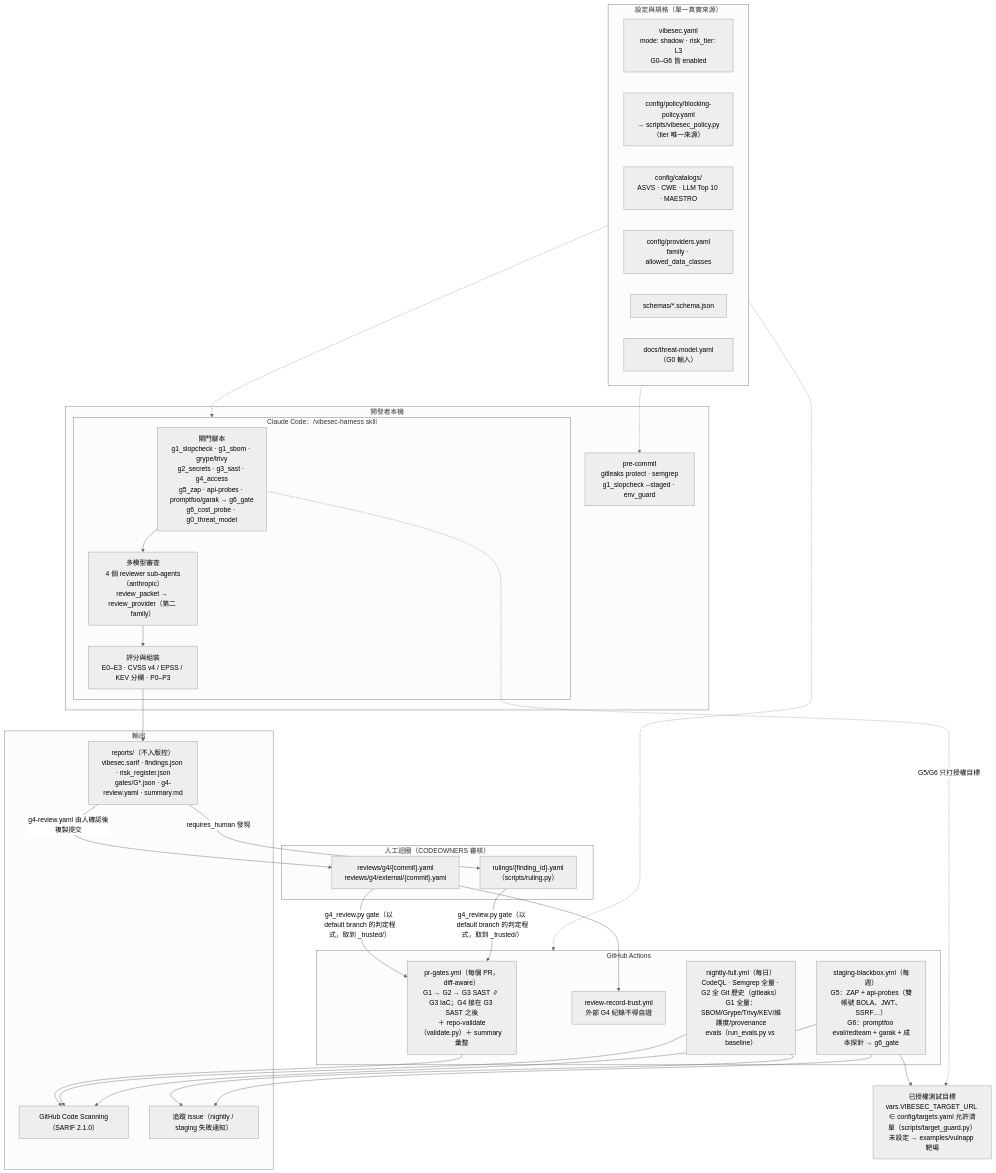
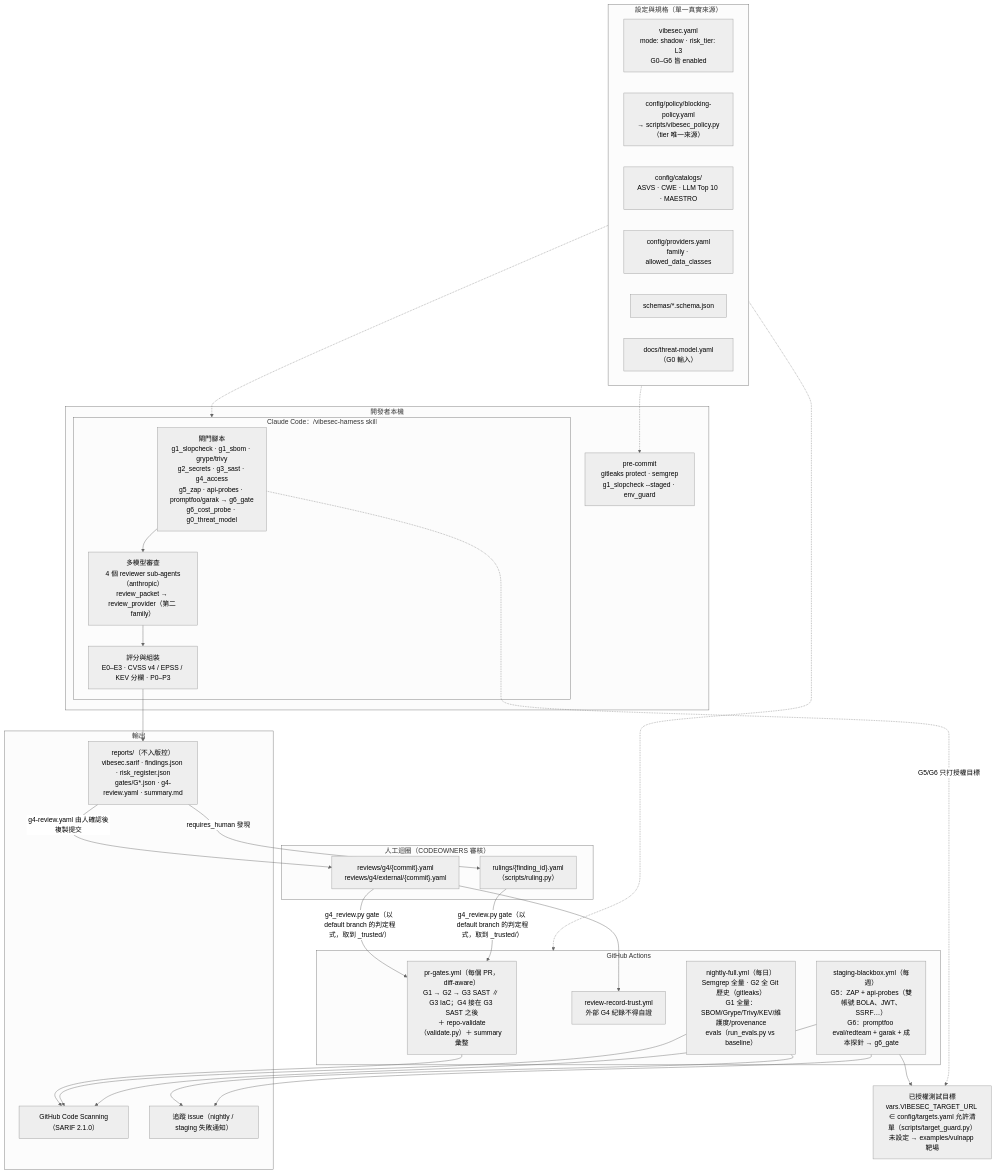
One commit to chinchiang/MultiAgentDelta changed the first of 2 diagrams in README.md. Above: the diagram before and after it, drawn with Mermaid (neutral theme). The commit also changed other lines of this file and 8 other files, not shown here.

First line of the commit message:
ci(nightly): 刪除 nightly 的 CodeQL job，改由 repo 的 Code scanning default setup 執行 (#117)

````diff
--- a/README.md
+++ b/README.md
@@ -38,52 +38,52 @@
 ```mermaid
 flowchart TB
   subgraph SOT["設定與規格（單一真實來源）"]
     direction LR
     CFG["vibesec.yaml<br/>mode: shadow · risk_tier: L3<br/>G0–G6 皆 enabled"]
     POL["config/policy/blocking-policy.yaml<br/>→ scripts/vibesec_policy.py（tier 唯一來源）"]
     CAT["config/catalogs/<br/>ASVS · CWE · LLM Top 10 · MAESTRO"]
     PRV["config/providers.yaml<br/>family · allowed_data_classes"]
     SCH["schemas/*.schema.json"]
     TM["docs/threat-model.yaml（G0 輸入）"]
   end
 
   subgraph LOCAL["開發者本機"]
     PC["pre-commit<br/>gitleaks protect · semgrep<br/>g1_slopcheck --staged · env_guard"]
     subgraph HARN["Claude Code：/vibesec-harness skill"]
       HG["閘門腳本<br/>g1_slopcheck · g1_sbom · grype/trivy<br/>g2_secrets · g3_sast · g4_access<br/>g5_zap · api-probes · promptfoo/garak → g6_gate<br/>g6_cost_probe · g0_threat_model"]
       HR["多模型審查<br/>4 個 reviewer sub-agents（anthropic）<br/>review_packet → review_provider（第二 family）"]
       HS["評分與組裝<br/>E0–E3 · CVSS v4 / EPSS / KEV 分欄 · P0–P3"]
     end
   end
 
   subgraph GHA["GitHub Actions"]
     PRG["pr-gates.yml（每個 PR，diff-aware）<br/>G1 → G2 → G3 SAST ∥ G3 IaC；G4 接在 G3 SAST 之後<br/>＋ repo-validate（validate.py）＋ summary 彙整"]
     RRT["review-record-trust.yml<br/>外部 G4 紀錄不得自證"]
-    NF["nightly-full.yml（每日）<br/>CodeQL · Semgrep 全量 · G2 全 Git 歷史（gitleaks）<br/>G1 全量：SBOM/Grype/Trivy/KEV/維護度/provenance<br/>evals（run_evals.py vs baseline）"]
+    NF["nightly-full.yml（每日）<br/>Semgrep 全量 · G2 全 Git 歷史（gitleaks）<br/>G1 全量：SBOM/Grype/Trivy/KEV/維護度/provenance<br/>evals（run_evals.py vs baseline）"]
     SB["staging-blackbox.yml（每週）<br/>G5：ZAP + api-probes（雙帳號 BOLA、JWT、SSRF…）<br/>G6：promptfoo eval/redteam + garak + 成本探針 → g6_gate"]
   end
 
   TARGET["已授權測試目標<br/>vars.VIBESEC_TARGET_URL ∈ config/targets.yaml 允許清單（scripts/target_guard.py）<br/>未設定 → examples/vulnapp 靶場"]
 
   subgraph OUT["輸出"]
     REP["reports/（不入版控）<br/>vibesec.sarif · findings.json · risk_register.json<br/>gates/G*.json · g4-review.yaml · summary.md"]
     CS["GitHub Code Scanning（SARIF 2.1.0）"]
     ISS["追蹤 issue（nightly / staging 失敗通知）"]
   end
 
   subgraph HUMAN["人工迴圈（CODEOWNERS 審核）"]
     RV["reviews/g4/{commit}.yaml<br/>reviews/g4/external/{commit}.yaml"]
     RU["rulings/{finding_id}.yaml<br/>（scripts/ruling.py）"]
   end
 
   SOT -.-> PC & HARN & GHA
   HG --> HR --> HS --> REP
   SB --> TARGET
   HG -. "G5/G6 只打授權目標" .-> TARGET
   PRG & NF & SB --> CS
   NF & SB --> ISS
   REP -- "g4-review.yaml 由人確認後複製提交" --> RV
   REP -- "requires_human 發現" --> RU
   RV & RU -- "g4_review.py gate（以 default branch 的判定程式，取到 _trusted/）" --> PRG
   RV --> RRT
 ```
````
